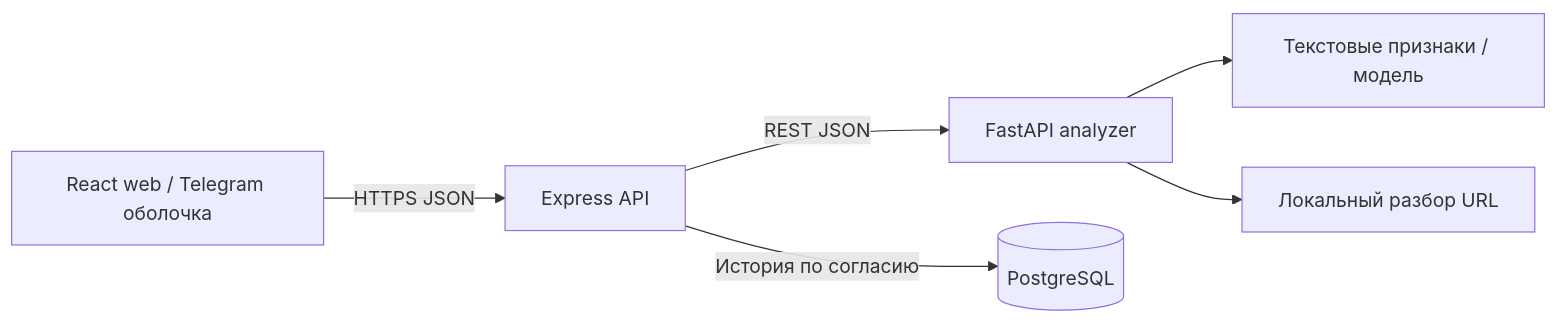
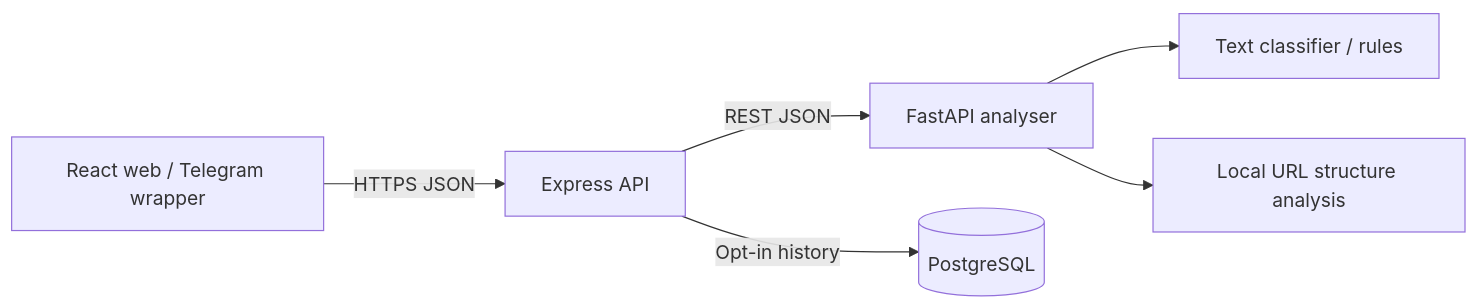
Before and after one commit to Kendebaev/FraudShield: the diagram in diagrams/components.mmd, drawn with Mermaid. The commit also changed 19 other files, not shown here.

```diff
--- a/diagrams/components.mmd
+++ b/diagrams/components.mmd
@@ -1,6 +1,6 @@
 flowchart LR
- C[React web / Telegram оболочка] -->|HTTPS JSON| A[Express API]
- A -->|REST JSON| M[FastAPI analyzer]
- A -->|История по согласию| D[(PostgreSQL)]
- M --> T[Текстовые признаки / модель]
- M --> U[Локальный разбор URL]
+ C[React web / Telegram wrapper] -->|HTTPS JSON| A[Express API]
+ A -->|REST JSON| M[FastAPI analyser]
+ A -->|Opt-in history| D[(PostgreSQL)]
+ M --> T[Text classifier / rules]
+ M --> U[Local URL structure analysis]
```
